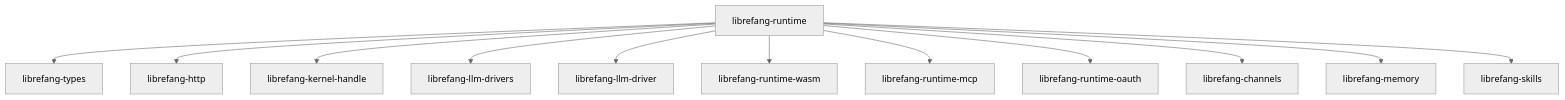
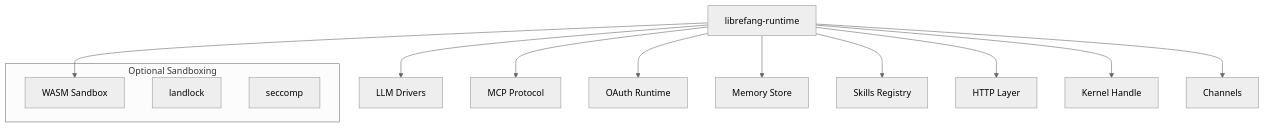
The diagram in other-librefang-runtime.md (leszek3737/librefang-WIki), drawn with Mermaid (neutral theme) before and after one commit. The commit also changed other lines of this file and 99 other files, not shown here.

````diff
--- a/other-librefang-runtime.md
+++ b/other-librefang-runtime.md
@@ -11,14 +9,18 @@
 ```mermaid
 graph TD
-    RT[librefang-runtime] --> TYPES[librefang-types]
-    RT --> HTTP[librefang-http]
-    RT --> KH[librefang-kernel-handle]
-    RT --> LLM_DRIVERS[librefang-llm-drivers]
-    RT --> LLM_DRV[librefang-llm-driver]
-    RT --> WASM[librefang-runtime-wasm]
-    RT --> MCP[librefang-runtime-mcp]
-    RT --> OAUTH[librefang-runtime-oauth]
-    RT --> CH[librefang-channels]
-    RT --> MEM[librefang-memory]
-    RT --> SK[librefang-skills]
+    RT[librefang-runtime] --> LLMD[LLM Drivers]
+    RT --> WASM[WASM Sandbox]
+    RT --> MCP[MCP Protocol]
+    RT --> OAUTH[OAuth Runtime]
+    RT --> MEM[Memory Store]
+    RT --> SKILLS[Skills Registry]
+    RT --> HTTP[HTTP Layer]
+    RT --> KH[Kernel Handle]
+    RT --> CH[Channels]
+
+    subgraph "Optional Sandboxing"
+        WASM
+        LL[landlock]
+        SC[seccomp]
+    end
 ```
````
